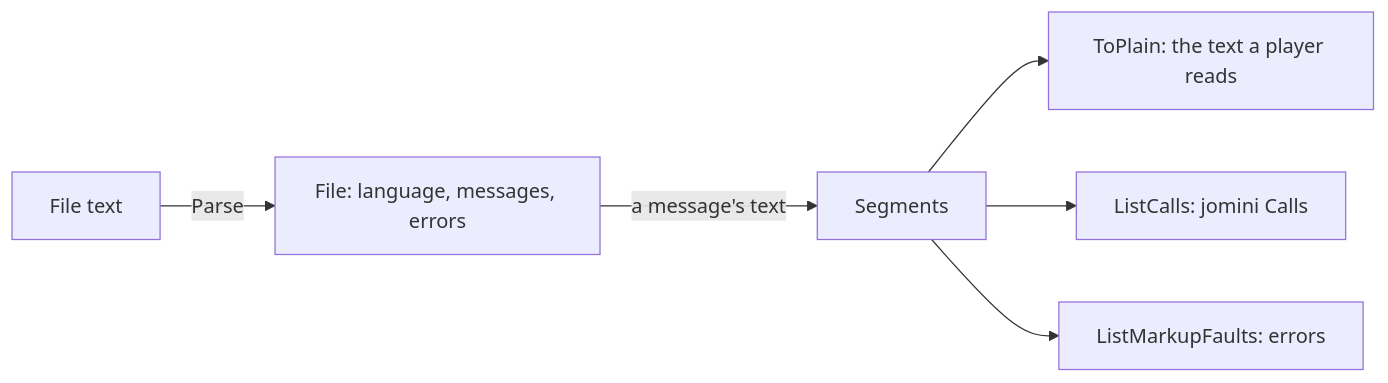
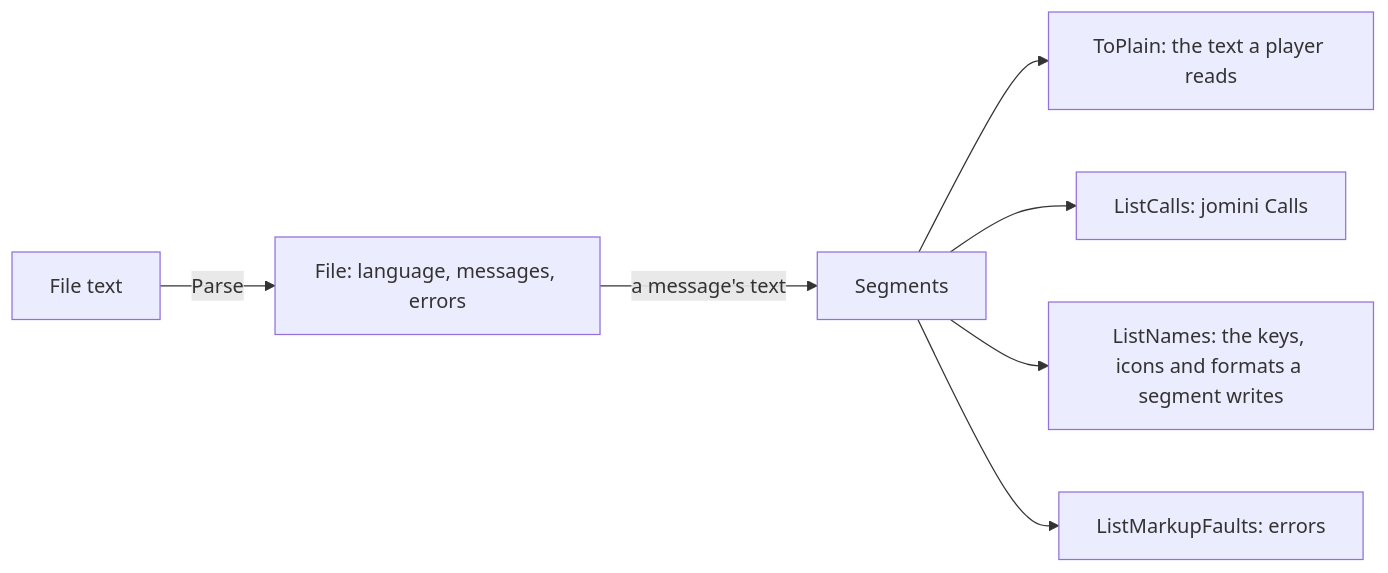
Before and after one commit to idodavis/paradox-modding-tools: the first of 2 diagrams in internal/loc/README.md, drawn with Mermaid. The commit also changed other lines of this file and 104 other files, not shown here.

````diff
--- a/internal/loc/README.md
+++ b/internal/loc/README.md
@@ -15,8 +16,9 @@
 ```mermaid
 flowchart LR
   text["File text"] -->|Parse| file["File: language, messages, errors"]
   file -->|a message's text| segments["Segments"]
   segments --> plain["ToPlain: the text a player reads"]
   segments --> calls["ListCalls: jomini Calls"]
+  segments --> names["ListNames: the keys, icons and formats a segment writes"]
   segments --> faults["ListMarkupFaults: errors"]
 ```
````
